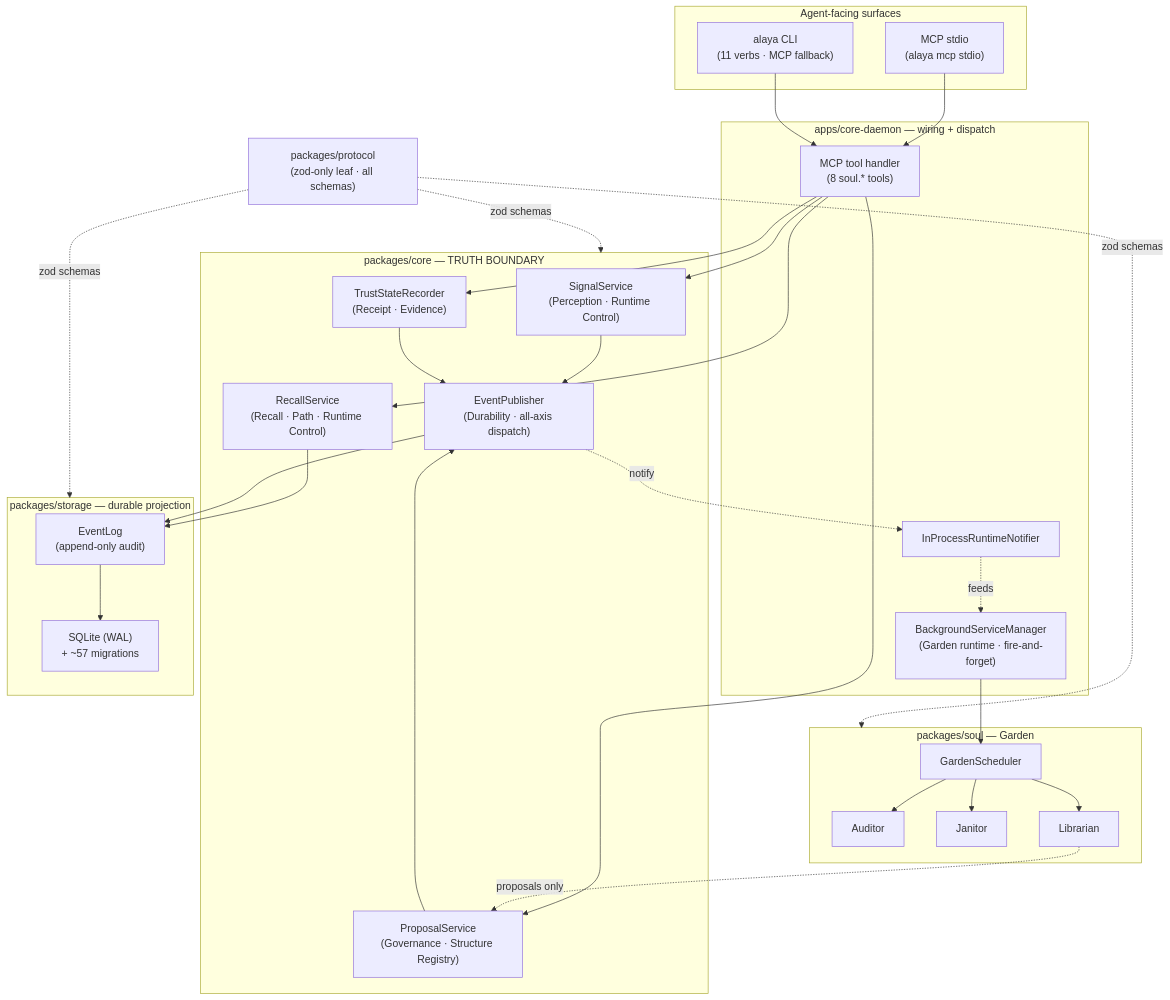
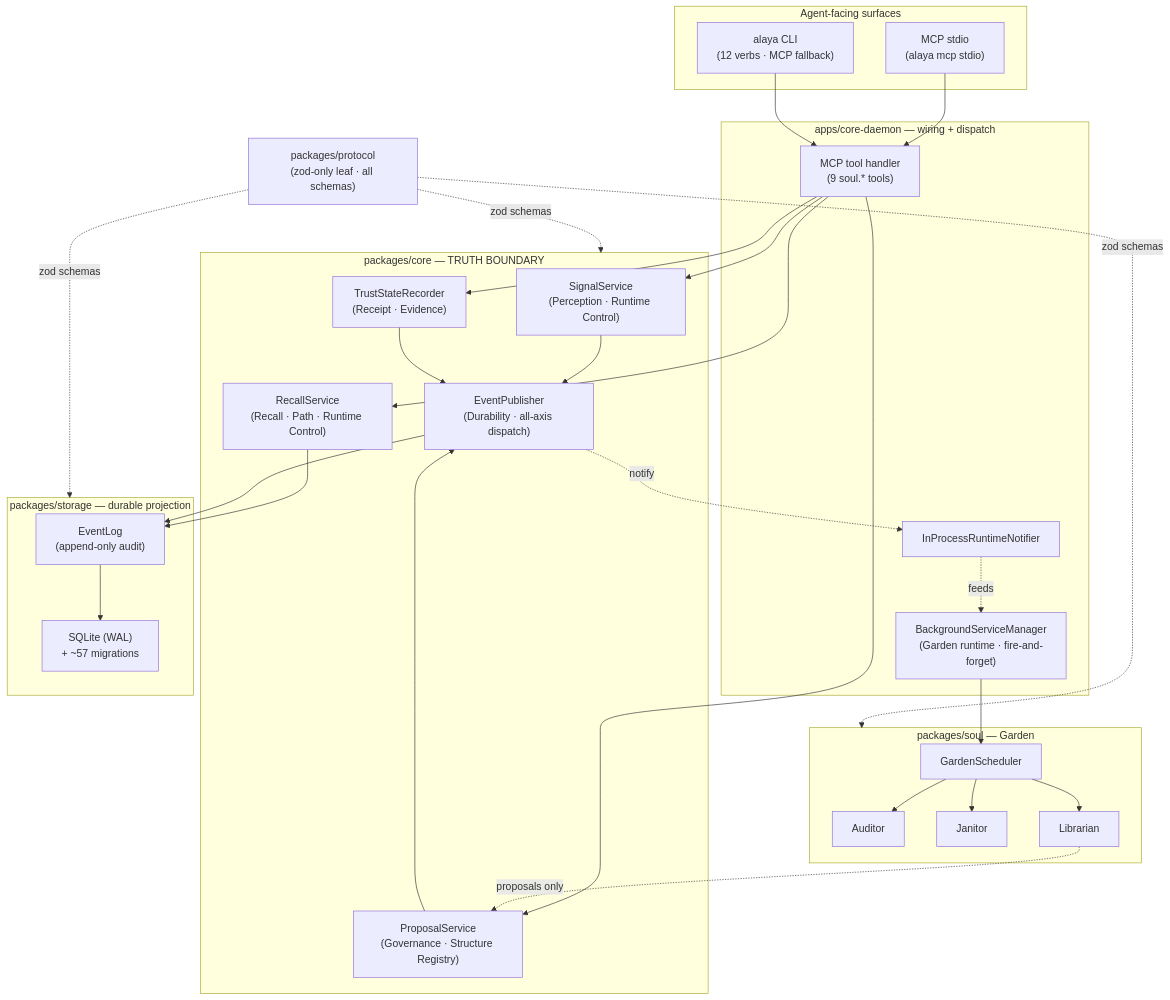
One commit to tdwhere123/Do-SOUL-Alaya changed the second of 2 diagrams in README.md. Above: the diagram before and after it, drawn with Mermaid. The commit also changed other lines of this file and 2 other files, not shown here.

First line of the commit message:
docs(a1): bump tool count to 9 and CLI verb count to 12 in README + CLAUDE.md

````diff
--- a/README.md
+++ b/README.md
@@ -315,57 +315,57 @@
 ```mermaid
 graph TD
     subgraph Surfaces["Agent-facing surfaces"]
         MCPS["MCP stdio<br/>(alaya mcp stdio)"]
-        CLIS["alaya CLI<br/>(11 verbs · MCP fallback)"]
+        CLIS["alaya CLI<br/>(12 verbs · MCP fallback)"]
     end
 
     subgraph Daemon["apps/core-daemon — wiring + dispatch"]
-        TH["MCP tool handler<br/>(8 soul.* tools)"]
+        TH["MCP tool handler<br/>(9 soul.* tools)"]
         BG["BackgroundServiceManager<br/>(Garden runtime · fire-and-forget)"]
         NOTI["InProcessRuntimeNotifier"]
     end
 
     subgraph Core["packages/core — TRUTH BOUNDARY"]
         SS["SignalService<br/>(Perception · Runtime Control)"]
         PROP["ProposalService<br/>(Governance · Structure Registry)"]
         EP["EventPublisher<br/>(Durability · all-axis dispatch)"]
         REC["RecallService<br/>(Recall · Path · Runtime Control)"]
         TR["TrustStateRecorder<br/>(Receipt · Evidence)"]
     end
 
     subgraph Soul["packages/soul — Garden"]
         AUD["Auditor"]
         JAN["Janitor"]
         LIB["Librarian"]
         SCH["GardenScheduler"]
     end
 
     subgraph StorageBox["packages/storage — durable projection"]
         EL["EventLog<br/>(append-only audit)"]
         DB["SQLite (WAL)<br/>+ ~57 migrations"]
     end
 
     PROTO["packages/protocol<br/>(zod-only leaf · all schemas)"]
 
     MCPS --> TH
     CLIS --> TH
     TH --> SS
     TH --> PROP
     TH --> REC
     TH --> TR
     SS --> EP
     PROP --> EP
     REC --> EL
     TR --> EP
     EP --> EL
     EL --> DB
     EP -.notify.-> NOTI
     NOTI -.feeds.-> BG
     BG --> SCH
     SCH --> AUD & JAN & LIB
     LIB -.proposals only.-> PROP
 
     PROTO -. zod schemas .-> Core
     PROTO -. zod schemas .-> Soul
     PROTO -. zod schemas .-> StorageBox
 ```
````
